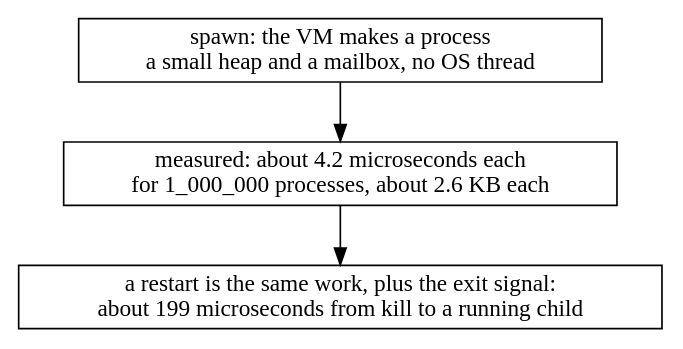
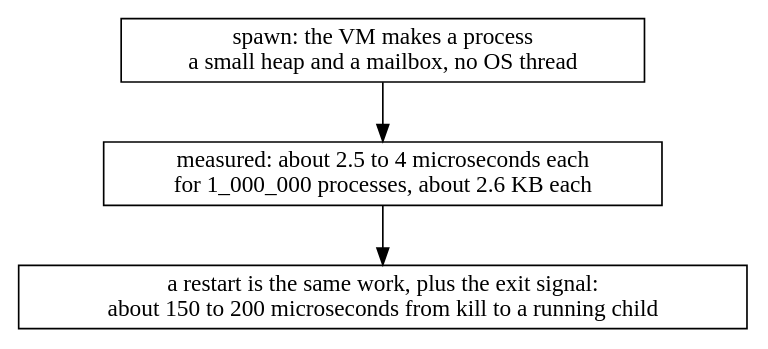
One commit to danceinthefake/visualixir changed the diagram in docs/diagrams/dynamic-supervisor/uth-spawn.dot. Above: the diagram before and after it, drawn with Graphviz. The commit also changed 37 other files, not shown here.

```diff
--- a/docs/diagrams/dynamic-supervisor/uth-spawn.dot
+++ b/docs/diagrams/dynamic-supervisor/uth-spawn.dot
@@ -1,7 +1,7 @@
 digraph spawn {
   node [shape=box]
   s [label="spawn: the VM makes a process\na small heap and a mailbox, no OS thread" class=hl]
-  c [label="measured: about 4.2 microseconds each\nfor 1_000_000 processes, about 2.6 KB each"]
-  r [label="a restart is the same work, plus the exit signal:\nabout 199 microseconds from kill to a running child"]
+  c [label="measured: about 2.5 to 4 microseconds each\nfor 1_000_000 processes, about 2.6 KB each"]
+  r [label="a restart is the same work, plus the exit signal:\nabout 150 to 200 microseconds from kill to a running child"]
   s -> c -> r
 }
```
